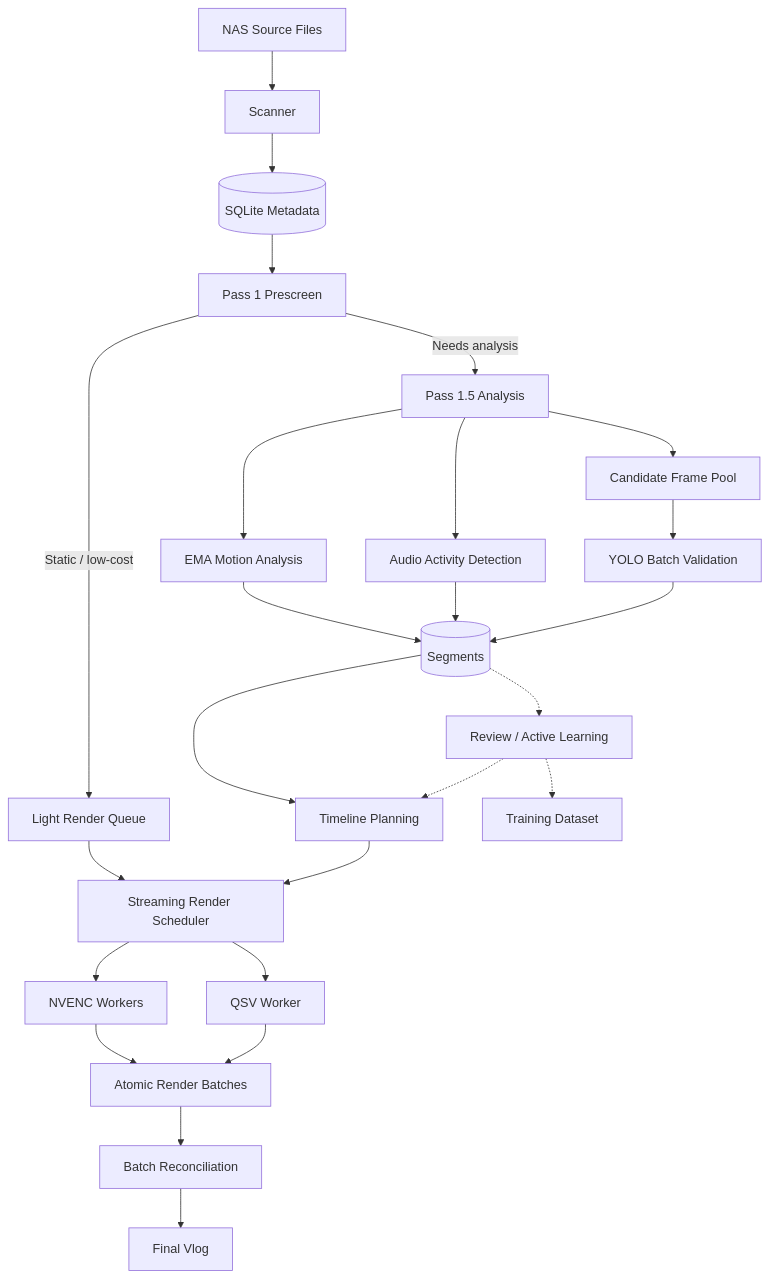
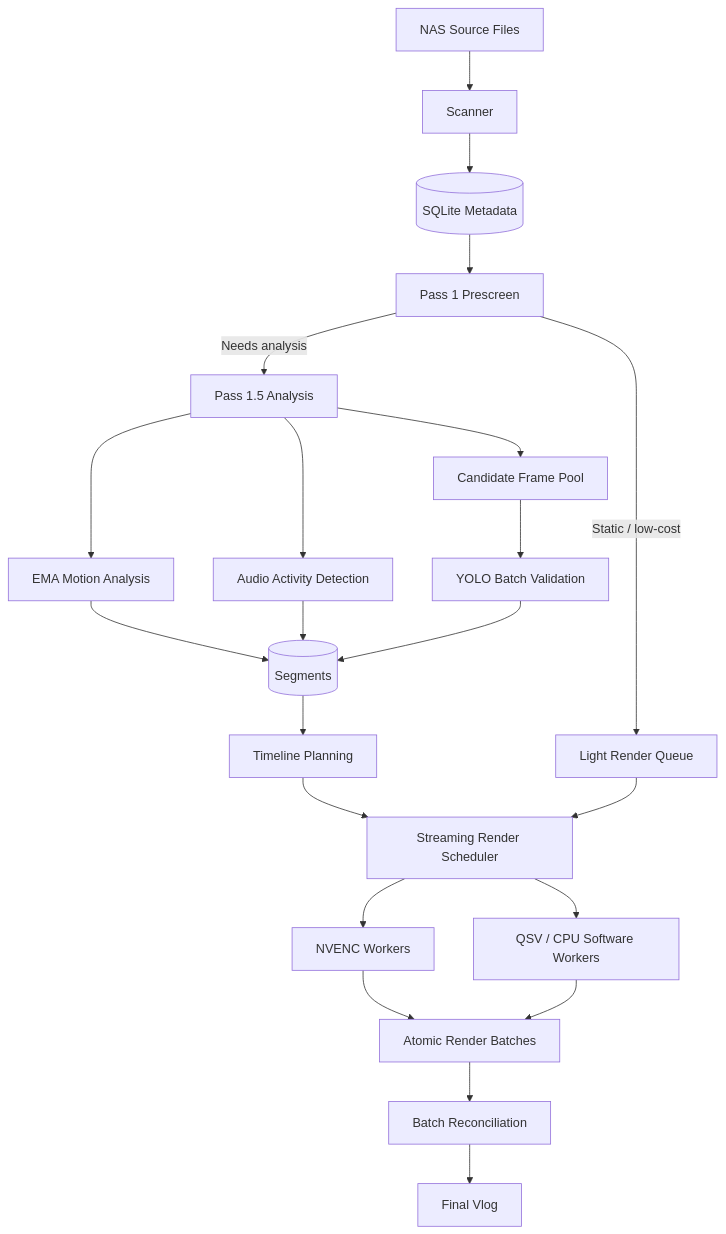
One commit to seeyou2n1ght/homeVlog changed the diagram in docs/ARCHITECTURE.md. Above: the diagram before and after it, drawn with Mermaid. The commit also changed other lines of this file and 92 other files, not shown here.

````diff
--- a/docs/ARCHITECTURE.md
+++ b/docs/ARCHITECTURE.md
@@ -103,36 +103,32 @@
 ```mermaid
 flowchart TD
     A[NAS Source Files] --> B[Scanner]
 
     B --> C[(SQLite Metadata)]
     C --> D[Pass 1 Prescreen]
 
     D -->|Static / low-cost| L[Light Render Queue]
     D -->|Needs analysis| E[Pass 1.5 Analysis]
 
     E --> F[EMA Motion Analysis]
     E --> G[Audio Activity Detection]
     E --> H[Candidate Frame Pool]
     H --> I[YOLO Batch Validation]
 
     F --> J[(Segments)]
     G --> J
     I --> J
 
     J --> K[Timeline Planning]
     K --> M[Streaming Render Scheduler]
     L --> M
 
     M --> N[NVENC Workers]
-    M --> O[QSV Worker]
+    M --> O[QSV / CPU Software Workers]
 
     N --> P[Atomic Render Batches]
     O --> P
 
     P --> Q[Batch Reconciliation]
     Q --> R[Final Vlog]
-
-    J -.-> S[Review / Active Learning]
-    S -.-> K
-    S -.-> T[Training Dataset]
 ```
````
